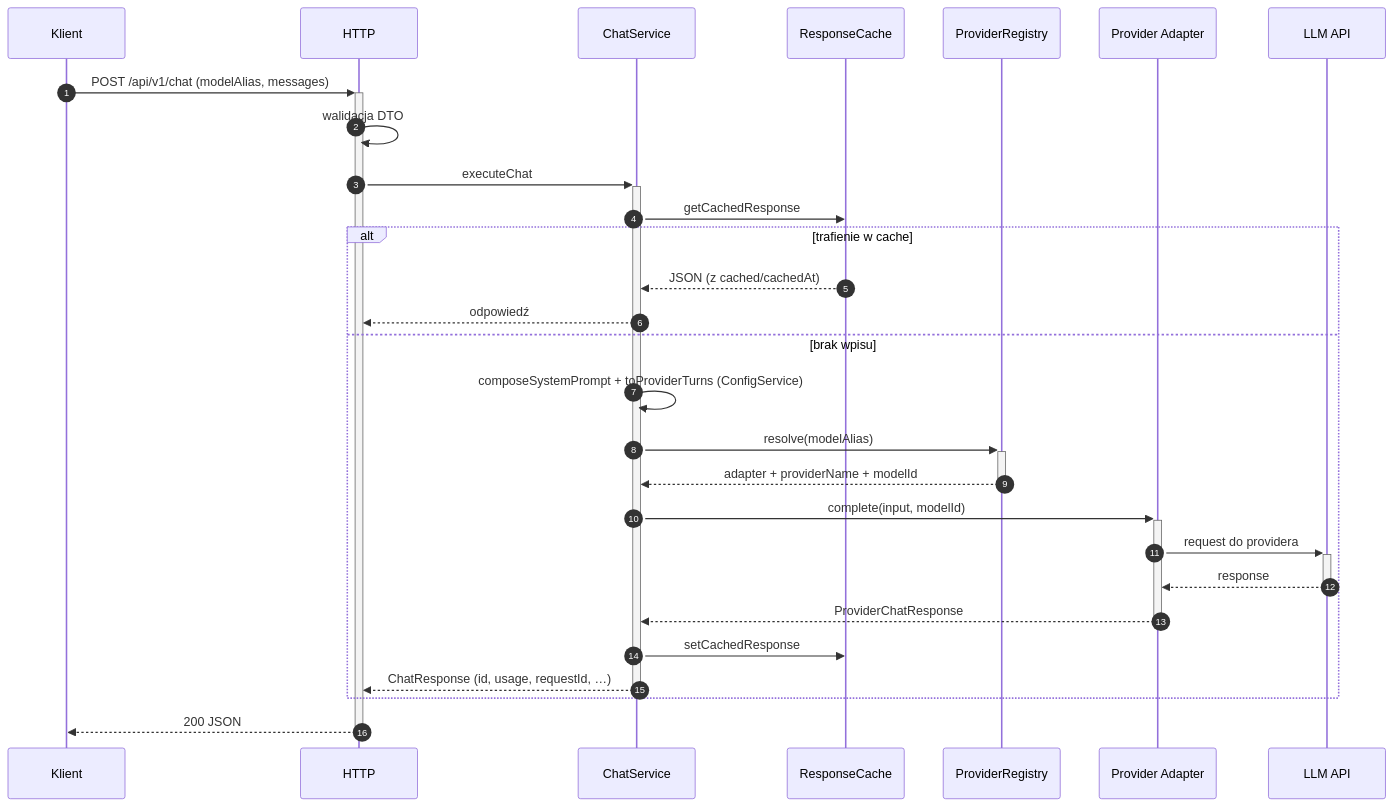
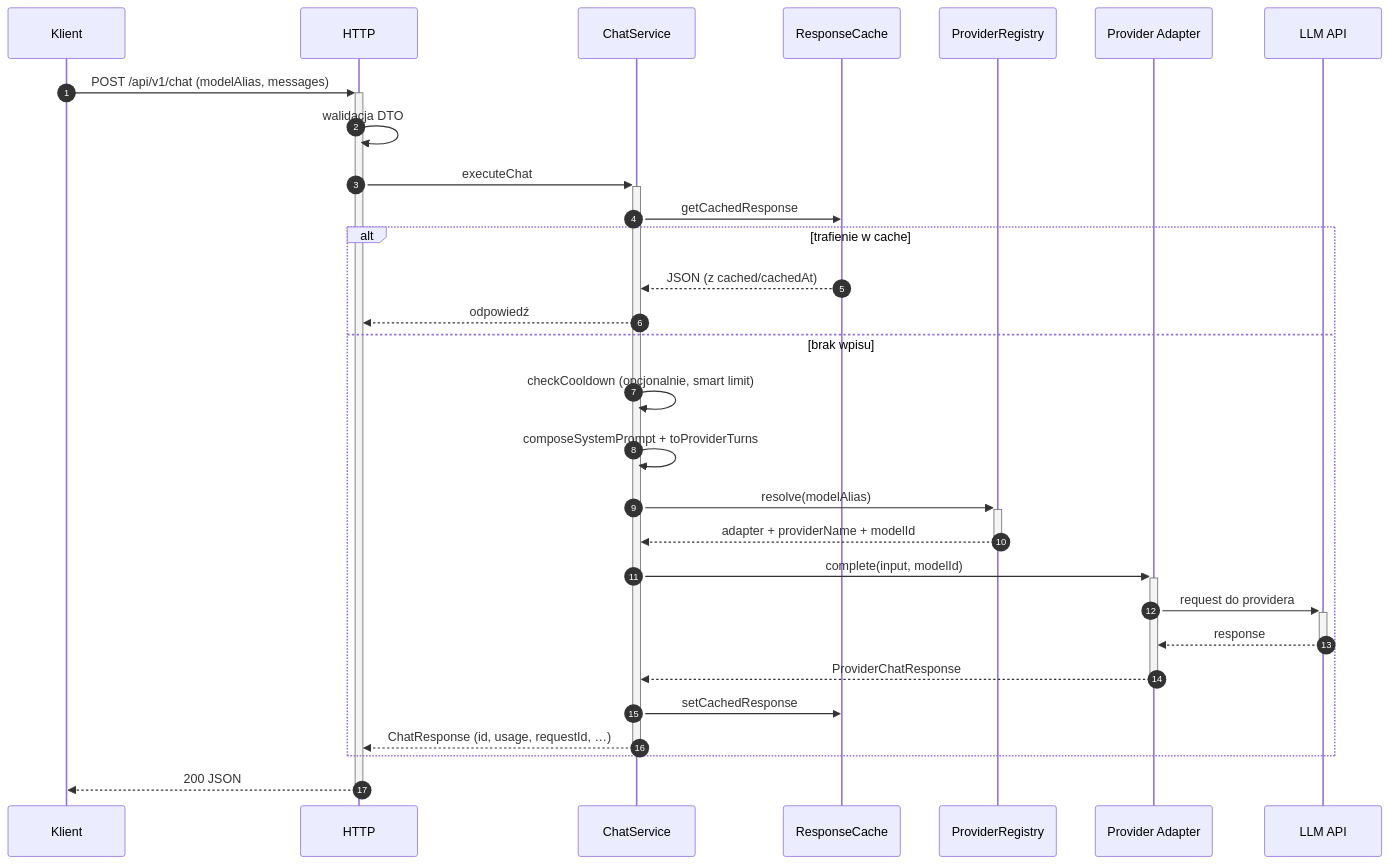
The second of 4 diagrams in docs/data_flow.md (matej2314/ai-provider-gateway), drawn with Mermaid before and after one commit. The commit also changed other lines of this file and 16 other files, not shown here.

````diff
--- a/docs/data_flow.md
+++ b/docs/data_flow.md
@@ -50,31 +50,32 @@
 ```mermaid
 sequenceDiagram
   autonumber
   participant K as Klient
   participant H as HTTP
   participant S as ChatService
   participant C as ResponseCache
   participant R as ProviderRegistry
   participant P as Provider Adapter
   participant A as LLM API
 
   K->>+H: POST /api/v1/chat (modelAlias, messages)
   H->>H: walidacja DTO
   H->>+S: executeChat
   S->>C: getCachedResponse
   alt trafienie w cache
     C-->>S: JSON (z cached/cachedAt)
     S-->>H: odpowiedź
   else brak wpisu
-    S->>S: composeSystemPrompt + toProviderTurns (ConfigService)
+    S->>S: checkCooldown (opcjonalnie, smart limit)
+    S->>S: composeSystemPrompt + toProviderTurns
     S->>+R: resolve(modelAlias)
     R-->>-S: adapter + providerName + modelId
     S->>+P: complete(input, modelId)
     P->>+A: request do providera
     A-->>-P: response
     P-->>-S: ProviderChatResponse
     S->>C: setCachedResponse
     S-->>-H: ChatResponse (id, usage, requestId, …)
   end
   H-->>-K: 200 JSON
 ```
````
